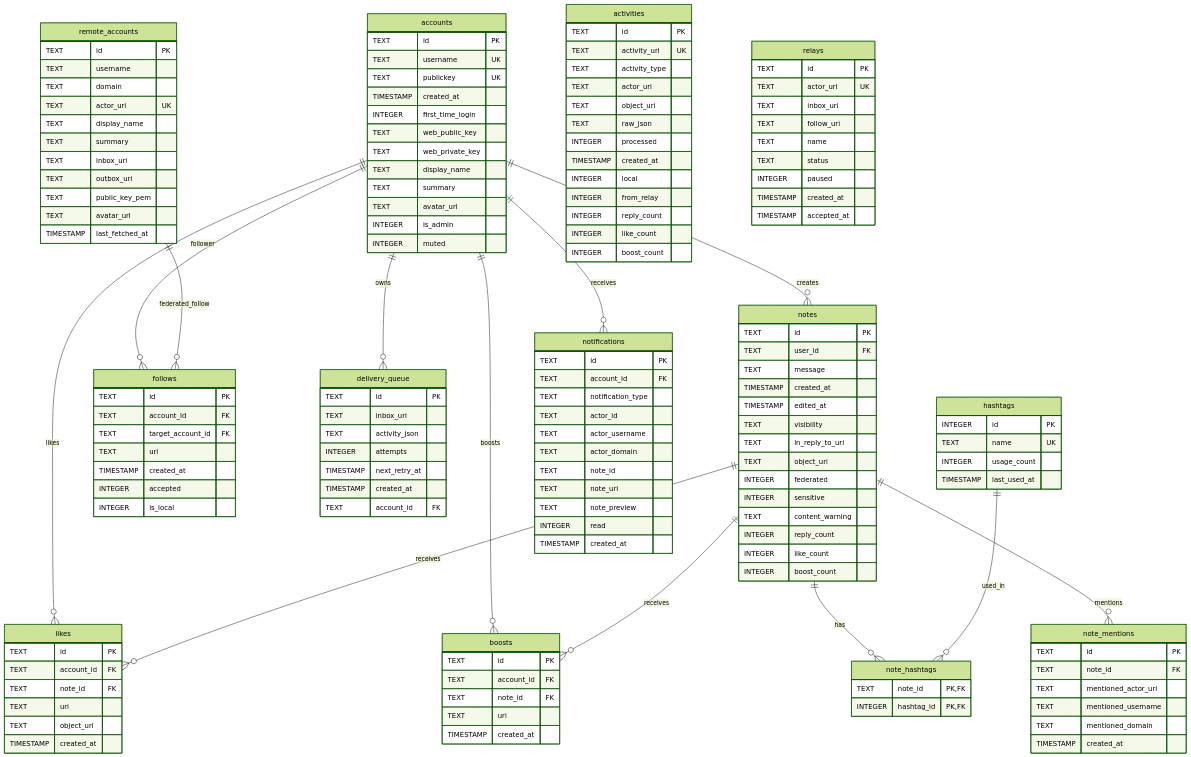
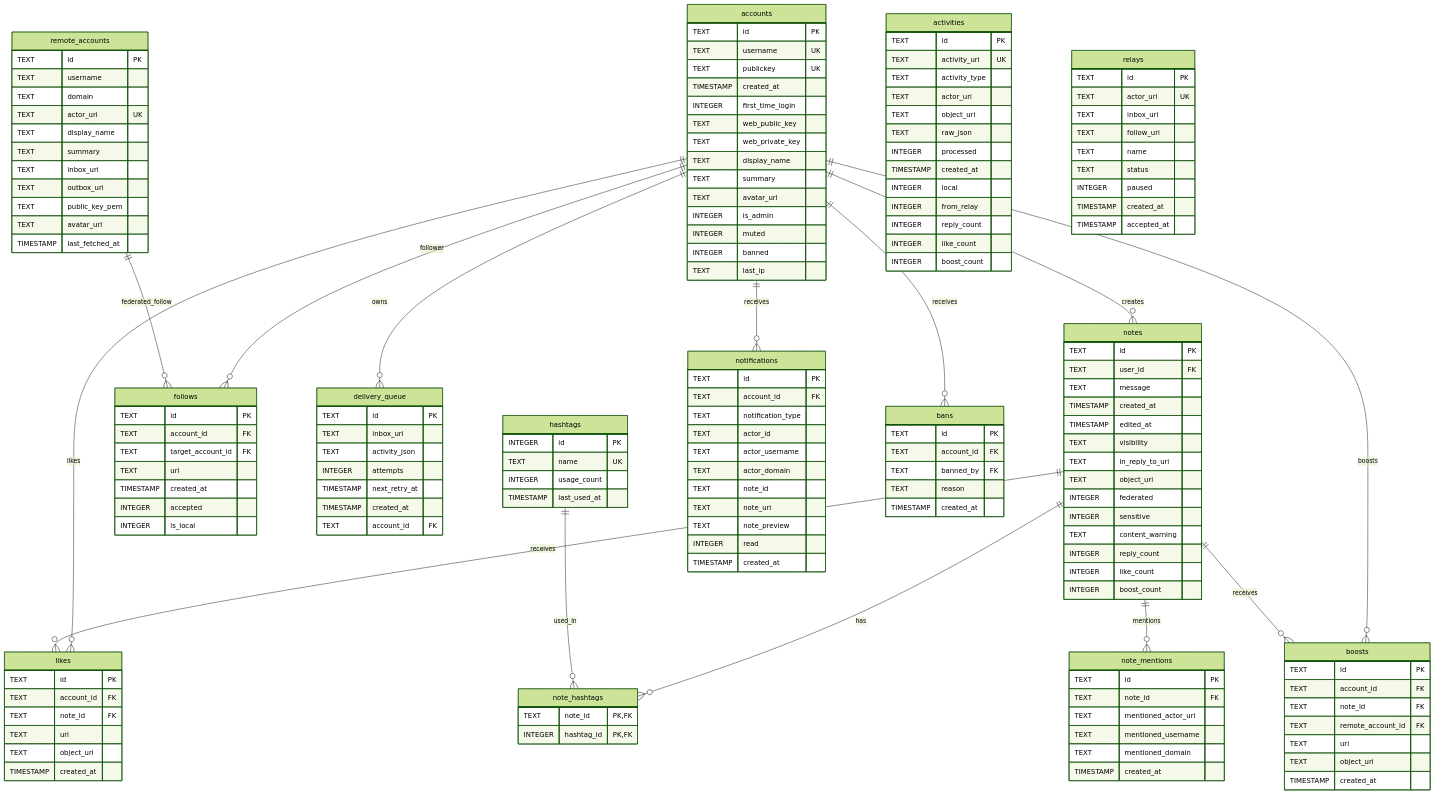
Before and after one commit to Demigodrick/stegodon: the diagram in DATABASE.md, drawn with Mermaid (forest theme). The commit also changed other lines of this file and 7 other files, not shown here.

```diff
--- a/DATABASE.md
+++ b/DATABASE.md
@@ -19,6 +19,8 @@
         TEXT avatar_url
         INTEGER is_admin
         INTEGER muted
+        INTEGER banned
+        TEXT last_ip
     }
 
     notes {
@@ -91,7 +93,9 @@
         TEXT id PK
         TEXT account_id FK
         TEXT note_id FK
+        TEXT remote_account_id FK
         TEXT uri
+        TEXT object_uri
         TIMESTAMP created_at
     }
 
@@ -152,7 +156,16 @@
         TIMESTAMP created_at
     }
 
+    bans {
+        TEXT id PK
+        TEXT account_id FK
+        TEXT banned_by FK
+        TEXT reason
+        TIMESTAMP created_at
+    }
+
     accounts ||--o{ notes : "creates"
+    accounts ||--o{ bans : "receives"
     accounts ||--o{ follows : "follower"
     accounts ||--o{ likes : "likes"
     accounts ||--o{ boosts : "boosts"
```
